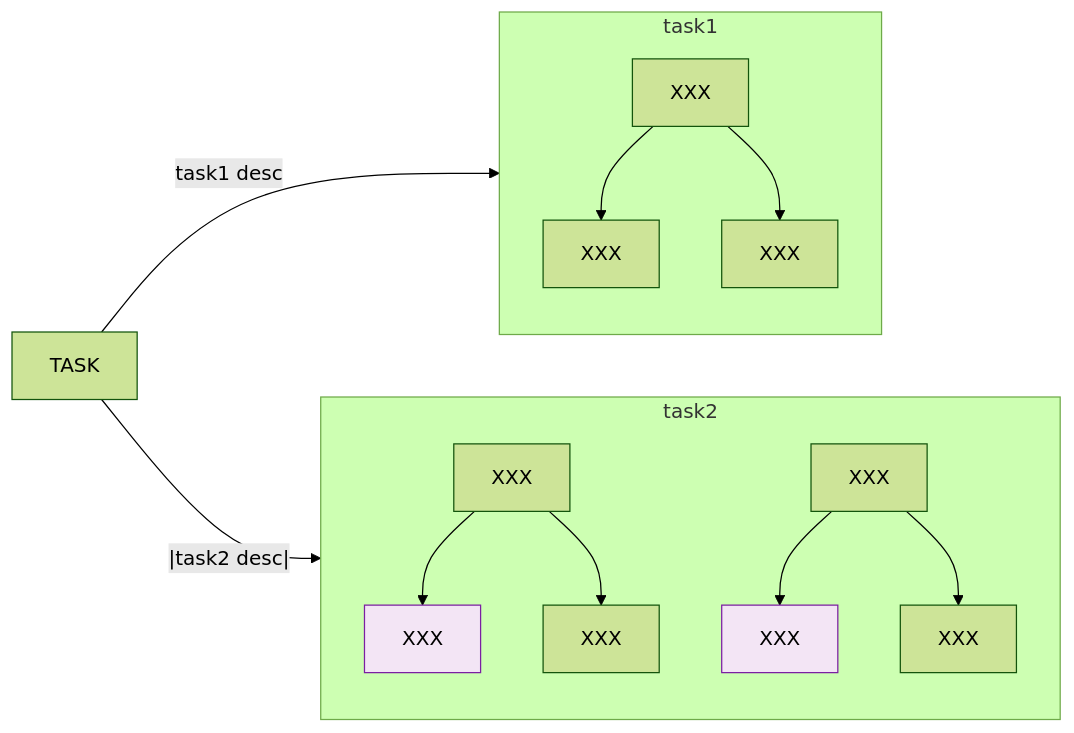
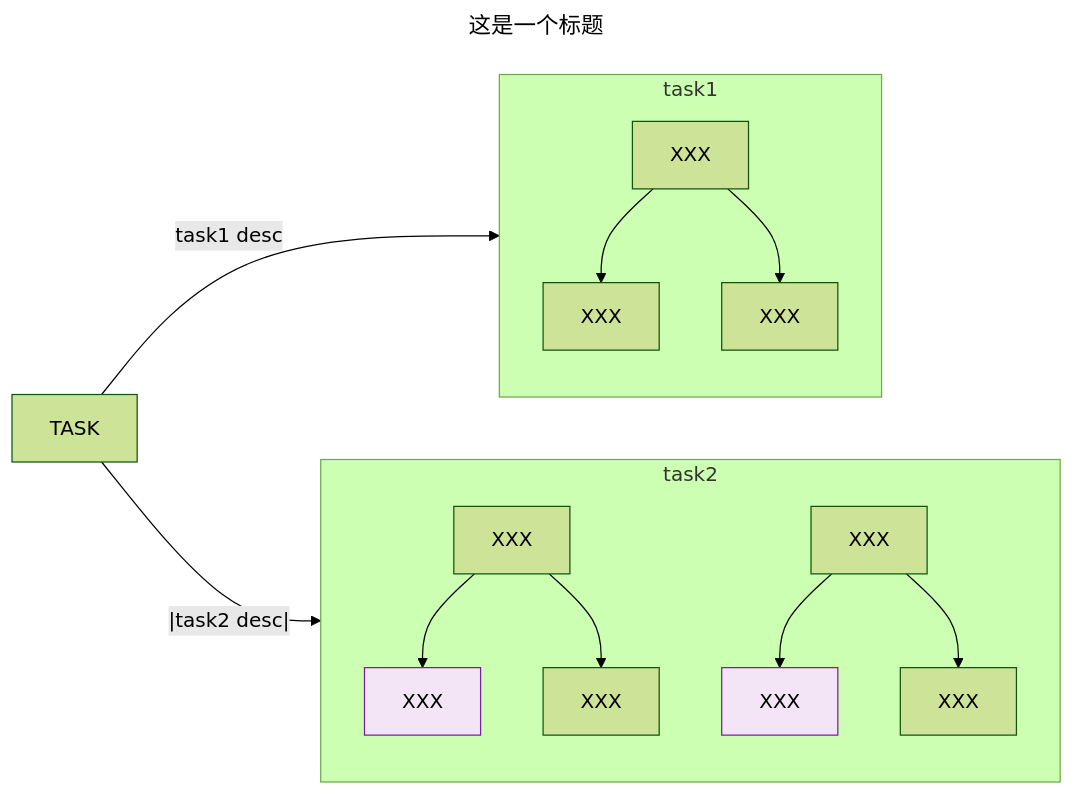
Before and after one commit to 0x00t0x7f/misc-notes: the diagram in mermaid图示例.md, drawn with Mermaid (forest theme).

````diff
--- a/mermaid图示例.md
+++ b/mermaid图示例.md
@@ -1,28 +1,32 @@
 ```mermaid
+---
+title: 这是一个标题
+---
+
 graph LR
     
 T[TASK]
 subgraph task1
     A[XXX]
     A1[XXX]
     A2[XXX]
     A --> A1 & A2
 end
     
 subgraph task2
     B[XXX]
     B1[XXX]
     B2[XXX]
     C[XXX]
     C1[XXX]
     C2[XXX]
     B --> B1 & B2
     C --> C1 & C2
 end
 
 classDef todo fill: #f3e5f5,stroke:#7b1fa2
 class B1,C1 todo
 
 T --> |task1 desc|task1
 T --|task2 desc|--> task2
 ```
````
